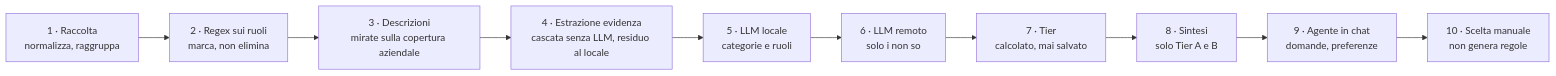
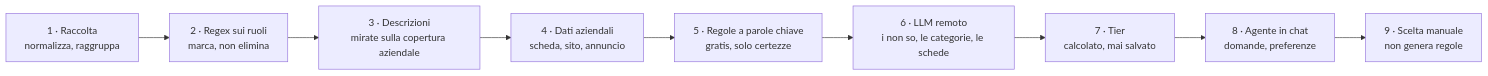
Before and after one commit to ettoremodina/JobHunter: the second of 2 diagrams in DESIGN.md, drawn with Mermaid. The commit also changed other lines of this file and 11 other files, not shown here.

````diff
--- a/DESIGN.md
+++ b/DESIGN.md
@@ -98,12 +111,11 @@
 ```mermaid
 flowchart LR
     C["1 · Raccolta<br/>normalizza, raggruppa"] --> G["2 · Regex sui ruoli<br/>marca, non elimina"]
     G --> D["3 · Descrizioni<br/>mirate sulla copertura aziendale"]
-    D --> E["4 · Estrazione evidenza<br/>cascata senza LLM, residuo al locale"]
-    E --> L["5 · LLM locale<br/>categorie e ruoli"]
-    L --> Q["6 · LLM remoto<br/>solo i non so"]
+    D --> E["4 · Dati aziendali<br/>scheda, sito, annuncio"]
+    E --> R["5 · Regole a parole chiave<br/>gratis, solo certezze"]
+    R --> Q["6 · LLM remoto<br/>i non so, le categorie, le schede"]
     Q --> T["7 · Tier<br/>calcolato, mai salvato"]
-    T --> S["8 · Sintesi<br/>solo Tier A e B"]
-    S --> H["9 · Agente in chat<br/>domande, preferenze"]
-    H --> U["10 · Scelta manuale<br/>non genera regole"]
+    T --> H["8 · Agente in chat<br/>domande, preferenze"]
+    H --> U["9 · Scelta manuale<br/>non genera regole"]
 ```
````
